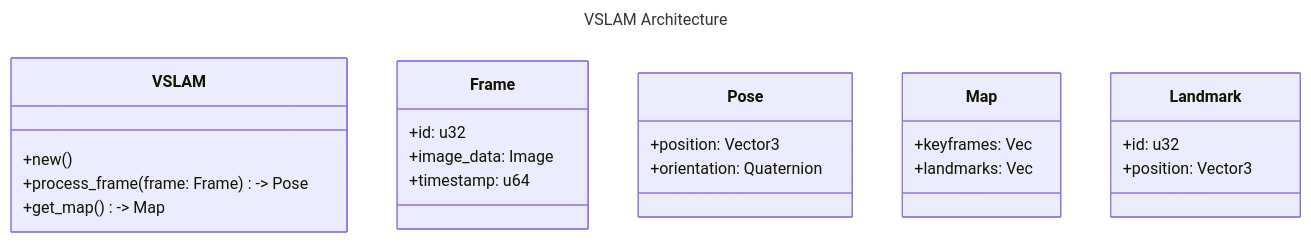
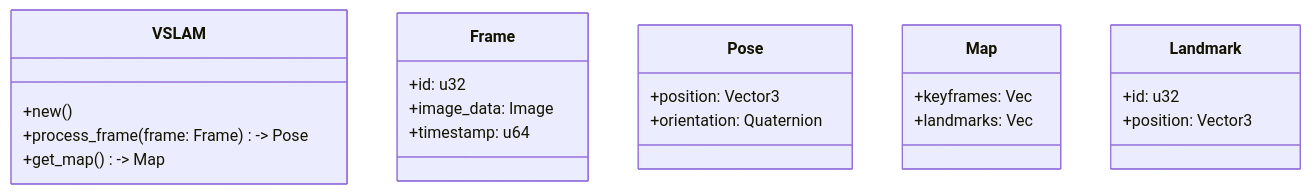
The diagram in README.md (sachinkum0009/vslam-rs), drawn with Mermaid before and after one commit. The commit also changed other lines of this file and 6 other files, not shown here.

````diff
--- a/README.md
+++ b/README.md
@@ -10,33 +16,29 @@
 ```mermaid
----
-title: VSLAM Architecture
----
-
 classDiagram
     class VSLAM {
         +new()
         +process_frame(frame: Frame) -> Pose
         +get_map() -> Map
     }
 
     class Frame {
         +id: u32
         +image_data: Image
         +timestamp: u64
     }
 
     class Pose {
         +position: Vector3
         +orientation: Quaternion
     }
 
     class Map {
         +keyframes: Vec<Frame>
         +landmarks: Vec<Landmark>
     }
 
     class Landmark {
         +id: u32
         +position: Vector3
     }
 ```
````
